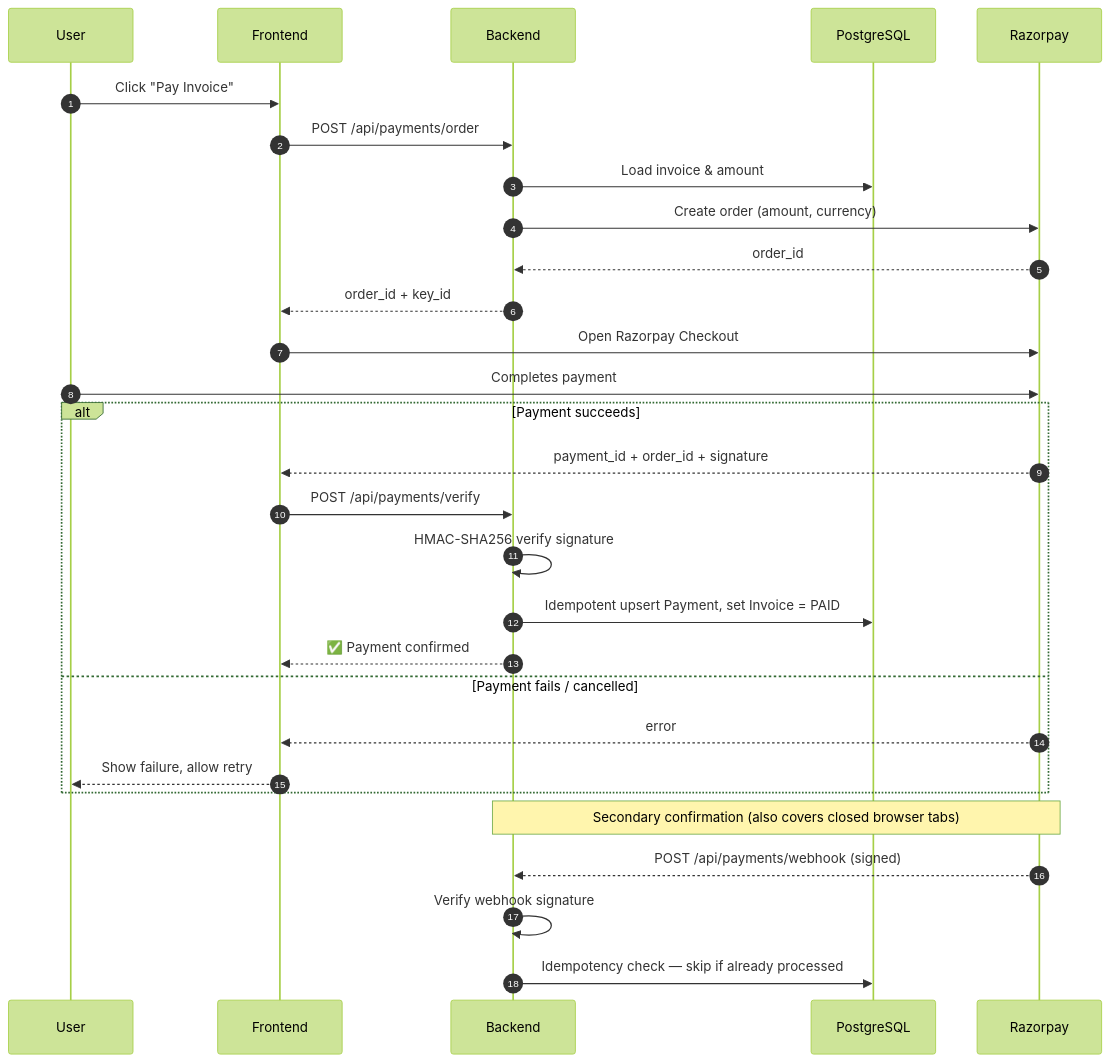
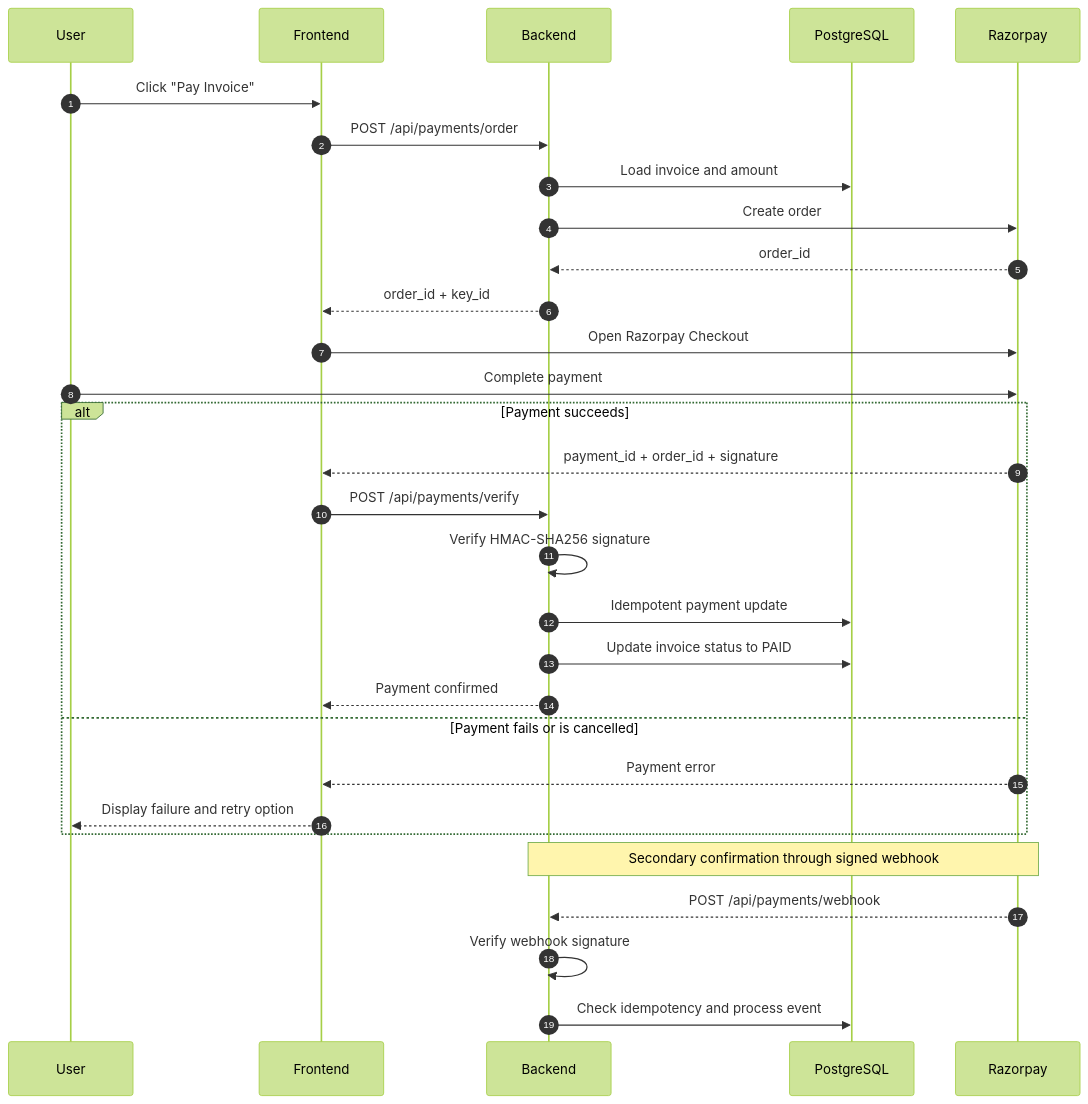
One commit to aryan24cse109-dev/Wealthra-ai changed the fifth of 6 diagrams in README.md. Above: the diagram before and after it, drawn with Mermaid (forest theme). The commit also changed other lines of this file, not shown here.

````diff
--- a/README.md
+++ b/README.md
@@ -414,34 +579,36 @@
 ```mermaid
 sequenceDiagram
     autonumber
     participant U as User
     participant FE as Frontend
     participant BE as Backend
     participant DB as PostgreSQL
     participant RZP as Razorpay
 
     U->>FE: Click "Pay Invoice"
     FE->>BE: POST /api/payments/order
-    BE->>DB: Load invoice & amount
-    BE->>RZP: Create order (amount, currency)
+    BE->>DB: Load invoice and amount
+    BE->>RZP: Create order
     RZP-->>BE: order_id
     BE-->>FE: order_id + key_id
+
     FE->>RZP: Open Razorpay Checkout
-    U->>RZP: Completes payment
+    U->>RZP: Complete payment
 
     alt Payment succeeds
         RZP-->>FE: payment_id + order_id + signature
         FE->>BE: POST /api/payments/verify
-        BE->>BE: HMAC-SHA256 verify signature
-        BE->>DB: Idempotent upsert Payment, set Invoice = PAID
-        BE-->>FE: ✅ Payment confirmed
-    else Payment fails / cancelled
-        RZP-->>FE: error
-        FE-->>U: Show failure, allow retry
+        BE->>BE: Verify HMAC-SHA256 signature
+        BE->>DB: Idempotent payment update
+        BE->>DB: Update invoice status to PAID
+        BE-->>FE: Payment confirmed
+    else Payment fails or is cancelled
+        RZP-->>FE: Payment error
+        FE-->>U: Display failure and retry option
     end
 
-    Note over RZP,BE: Secondary confirmation (also covers closed browser tabs)
-    RZP-->>BE: POST /api/payments/webhook (signed)
+    Note over RZP,BE: Secondary confirmation through signed webhook
+    RZP-->>BE: POST /api/payments/webhook
     BE->>BE: Verify webhook signature
-    BE->>DB: Idempotency check — skip if already processed
+    BE->>DB: Check idempotency and process event
 ```
````
